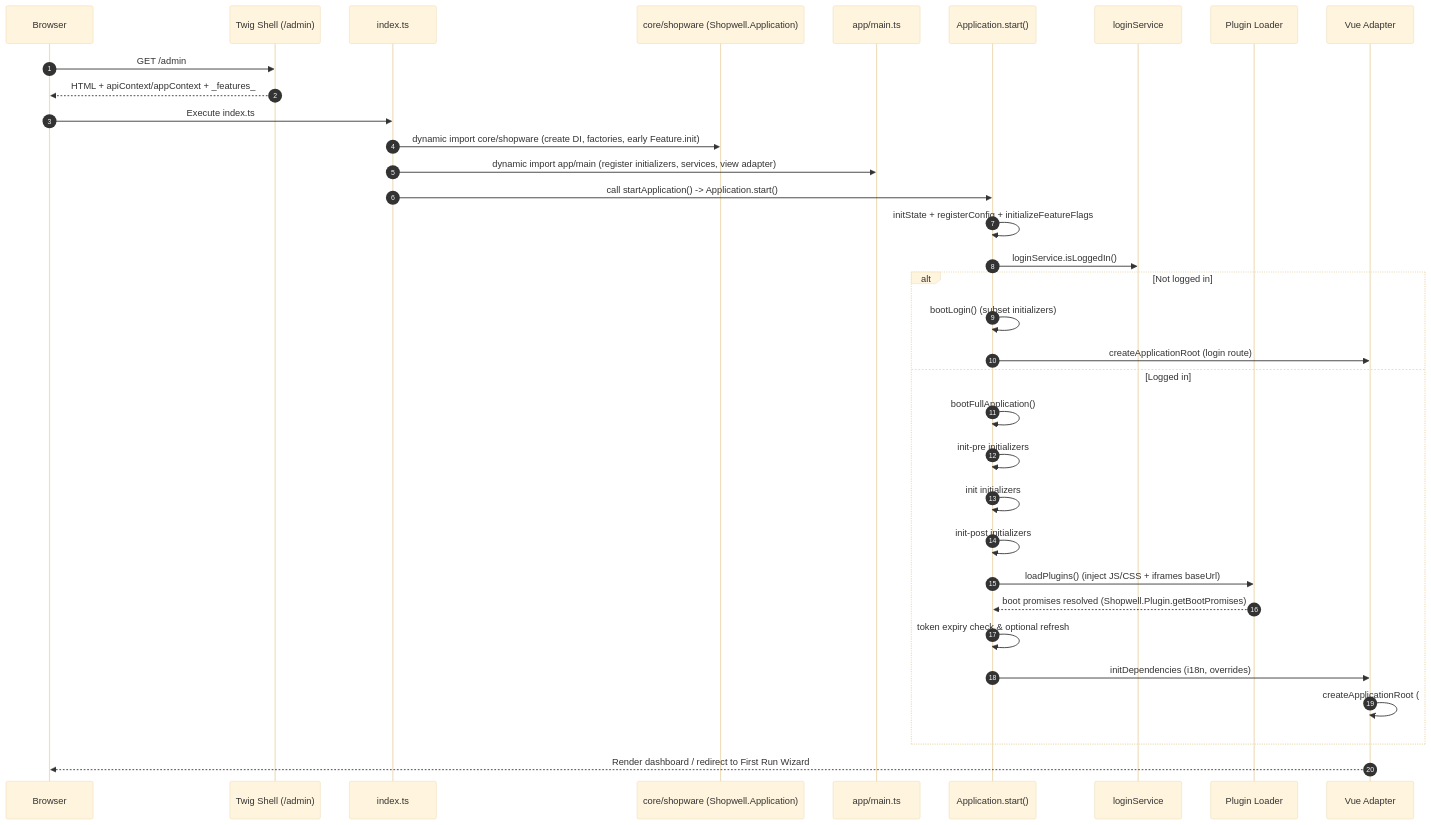
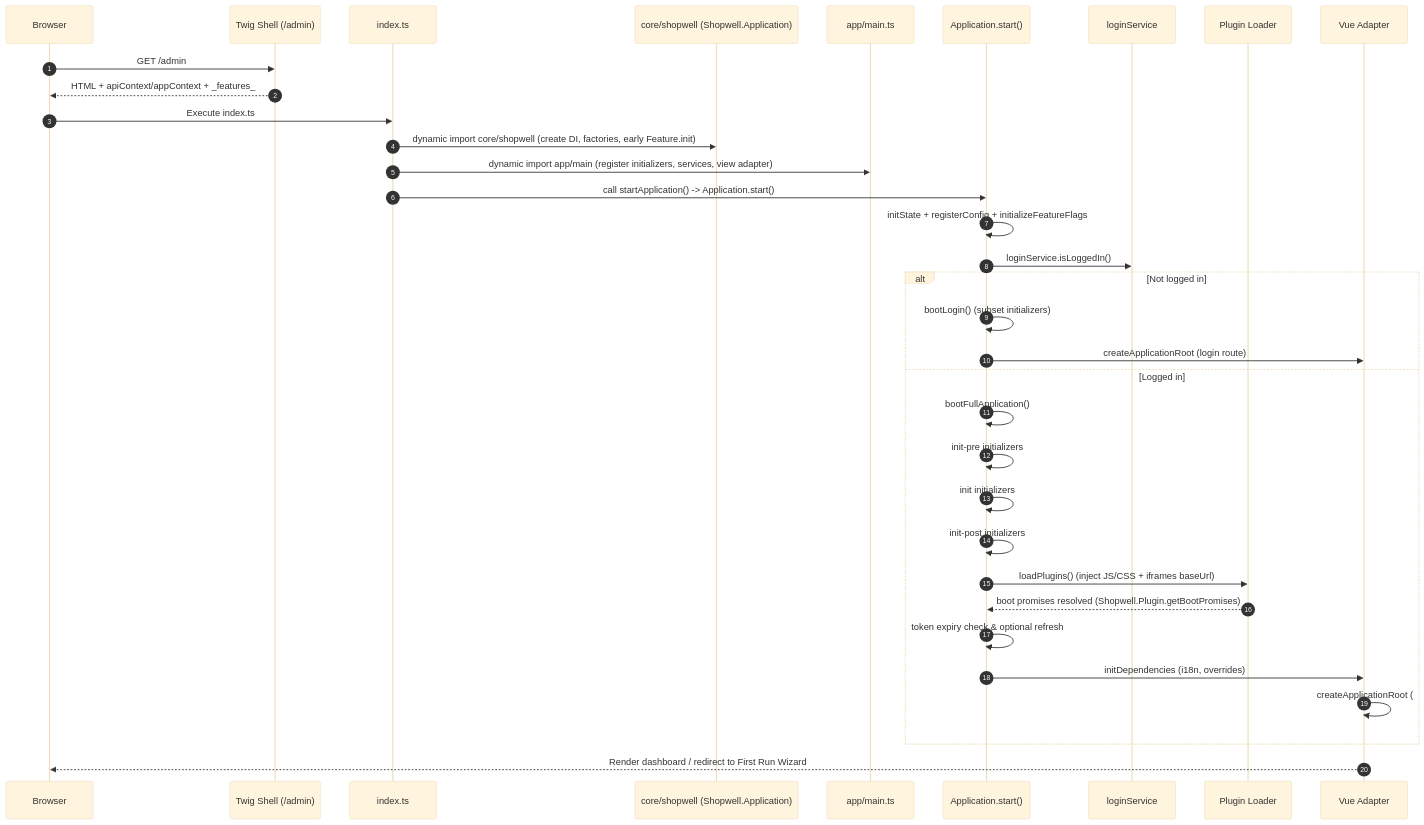
One commit to shopwell-shop/administration changed the diagram in Resources/app/administration/technical-docs/01-overview/02-headless-architecture.md. Above: the diagram before and after it, drawn with Mermaid (base theme). The commit also changed other lines of this file and 504 other files, not shown here.

````diff
--- a/Resources/app/administration/technical-docs/01-overview/02-headless-architecture.md
+++ b/Resources/app/administration/technical-docs/01-overview/02-headless-architecture.md
@@ -50,37 +50,37 @@
 ```mermaid
 sequenceDiagram
     autonumber
     participant B as Browser
     participant T as Twig Shell (/admin)
     participant I as index.ts
-    participant SW as core/shopware (Shopwell.Application)
+    participant SW as core/shopwell (Shopwell.Application)
     participant M as app/main.ts
     participant A as Application.start()
     participant L as loginService
     participant P as Plugin Loader
     participant V as Vue Adapter
 
     B->>T: GET /admin
     T-->>B: HTML + apiContext/appContext + _features_
     B->>I: Execute index.ts
-    I->>SW: dynamic import core/shopware (create DI, factories, early Feature.init)
+    I->>SW: dynamic import core/shopwell (create DI, factories, early Feature.init)
     I->>M: dynamic import app/main (register initializers, services, view adapter)
     I->>A: call startApplication() -> Application.start()
     A->>A: initState + registerConfig + initializeFeatureFlags
     A->>L: loginService.isLoggedIn()
     alt Not logged in
         A->>A: bootLogin() (subset initializers)
         A->>V: createApplicationRoot (login route)
     else Logged in
         A->>A: bootFullApplication()
         A->>A: init-pre initializers
         A->>A: init initializers
         A->>A: init-post initializers
         A->>P: loadPlugins() (inject JS/CSS + iframes baseUrl)
         P-->>A: boot promises resolved (Shopwell.Plugin.getBootPromises)
         A->>A: token expiry check & optional refresh
         A->>V: initDependencies (i18n, overrides)
         V->>V: createApplicationRoot (#app)
     end
     V-->>B: Render dashboard / redirect to First Run Wizard
 ```
````
